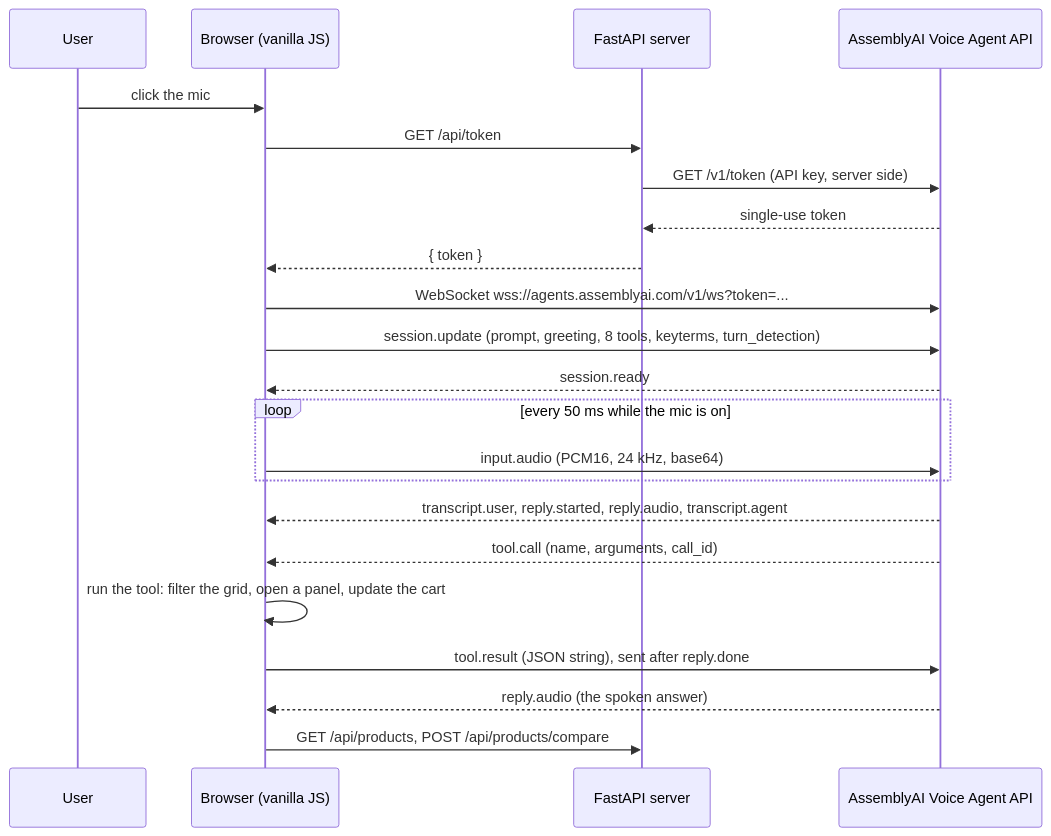
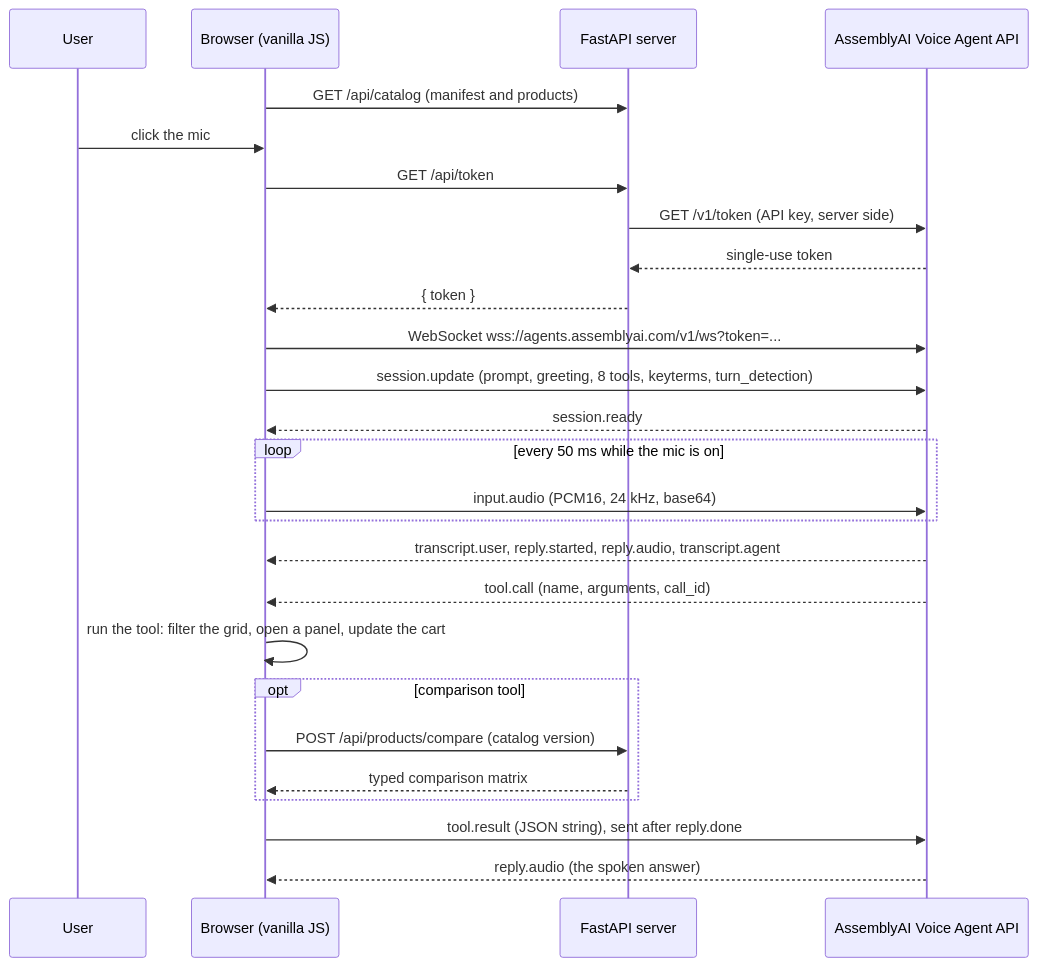
The diagram in docs/ARCHITECTURE.md (b25cs1051-KUSH/Assembly_ai_hackathon), drawn with Mermaid before and after one commit. The commit also changed other lines of this file and 3 other files, not shown here.

````diff
--- a/docs/ARCHITECTURE.md
+++ b/docs/ARCHITECTURE.md
@@ -5,25 +5,29 @@
 ```mermaid
 sequenceDiagram
     participant U as User
     participant B as Browser (vanilla JS)
     participant S as FastAPI server
     participant A as AssemblyAI Voice Agent API
 
+    B->>S: GET /api/catalog (manifest and products)
     U->>B: click the mic
     B->>S: GET /api/token
     S->>A: GET /v1/token (API key, server side)
     A-->>S: single-use token
     S-->>B: { token }
     B->>A: WebSocket wss://agents.assemblyai.com/v1/ws?token=...
     B->>A: session.update (prompt, greeting, 8 tools, keyterms, turn_detection)
     A-->>B: session.ready
     loop every 50 ms while the mic is on
         B->>A: input.audio (PCM16, 24 kHz, base64)
     end
     A-->>B: transcript.user, reply.started, reply.audio, transcript.agent
     A-->>B: tool.call (name, arguments, call_id)
     B->>B: run the tool: filter the grid, open a panel, update the cart
+    opt comparison tool
+        B->>S: POST /api/products/compare (catalog version)
+        S-->>B: typed comparison matrix
+    end
     B->>A: tool.result (JSON string), sent after reply.done
     A-->>B: reply.audio (the spoken answer)
-    B->>S: GET /api/products, POST /api/products/compare
 ```
````
